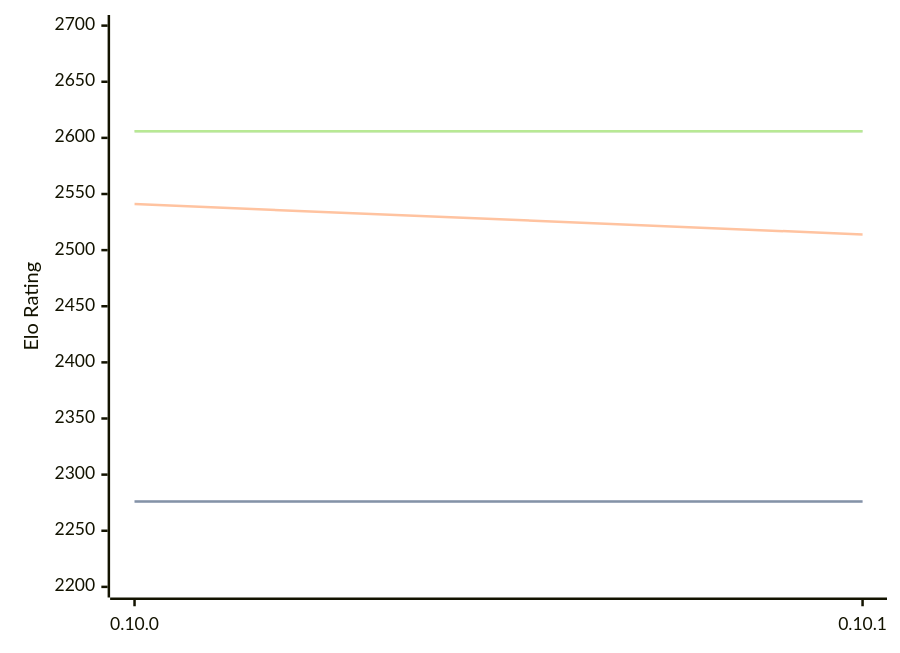
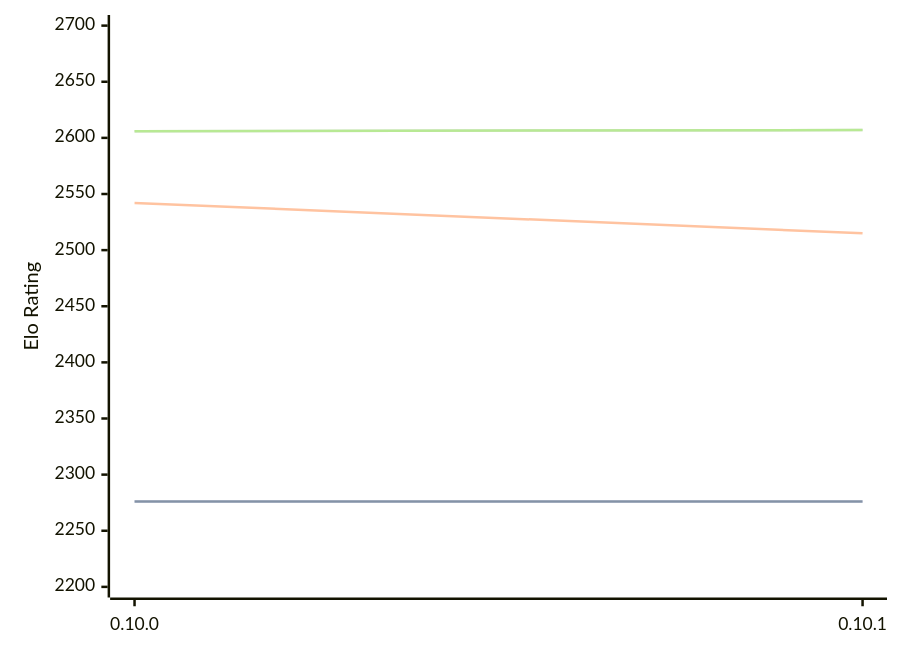
Before and after one commit to computer-chess-index/cci: the diagram in engines/Fatalii.md, drawn with Mermaid. The commit also changed other lines of this file, not shown here.

Commit message:
Update CCI Ratings (ELO VLTC) - 2026-09-13

````diff
--- a/engines/Fatalii.md
+++ b/engines/Fatalii.md
@@ -32,11 +32,11 @@
 ```mermaid
 %%{init: {"theme":"base","themeVariables":{"seriesColors:['#a3a3a3','#222221','#faa371']}}}%%
 xychart-beta
   x-axis ["0.10.0", "0.10.1"]
   y-axis "Elo Rating" 2200 --> 2700
   line "" [2276, 2276]
   line "STC (8.0+0.08s)" [2276, 2276]
-  line "LTC (60.0+0.60s)" [2541, 2514]
-  line "" [2606, 2606]
-  line "VLTC (2m24s+1.12s)" [2606, 2606]
+  line "LTC (60.0+0.60s)" [2542, 2515]
+  line "" [2606, 2607]
+  line "VLTC (2m24s+1.12s)" [2606, 2607]
 ```
````
